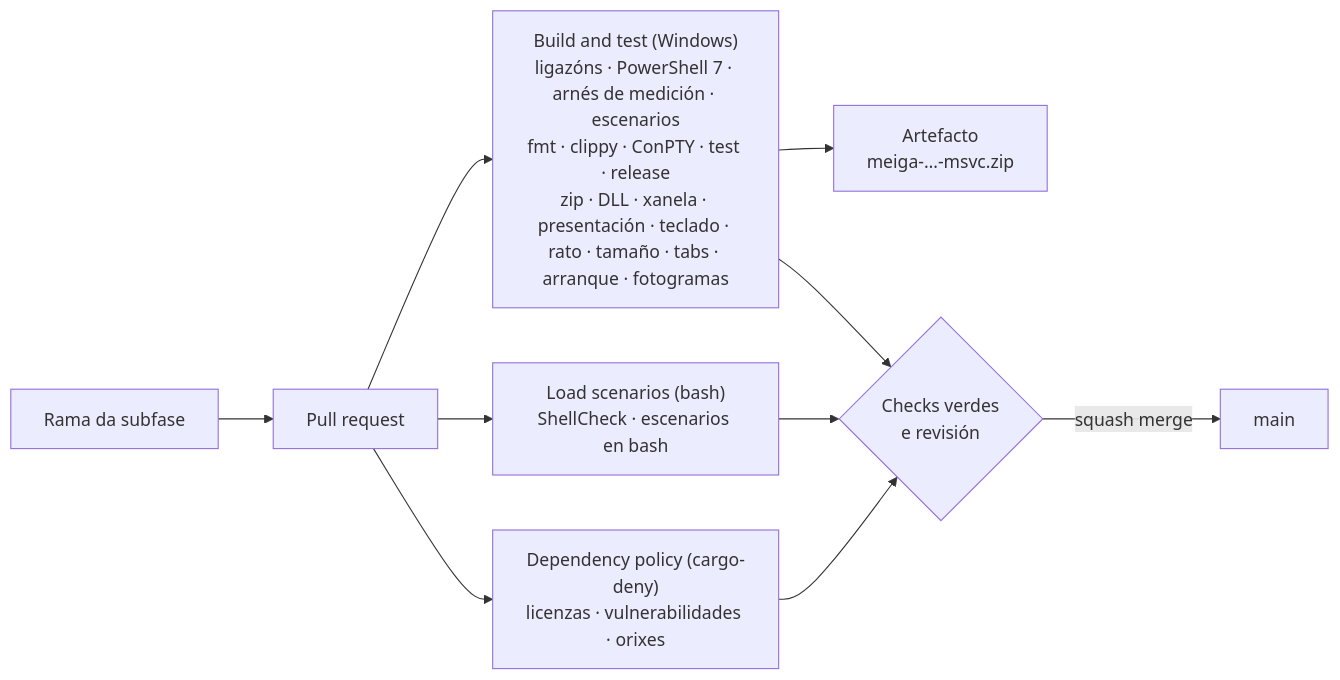
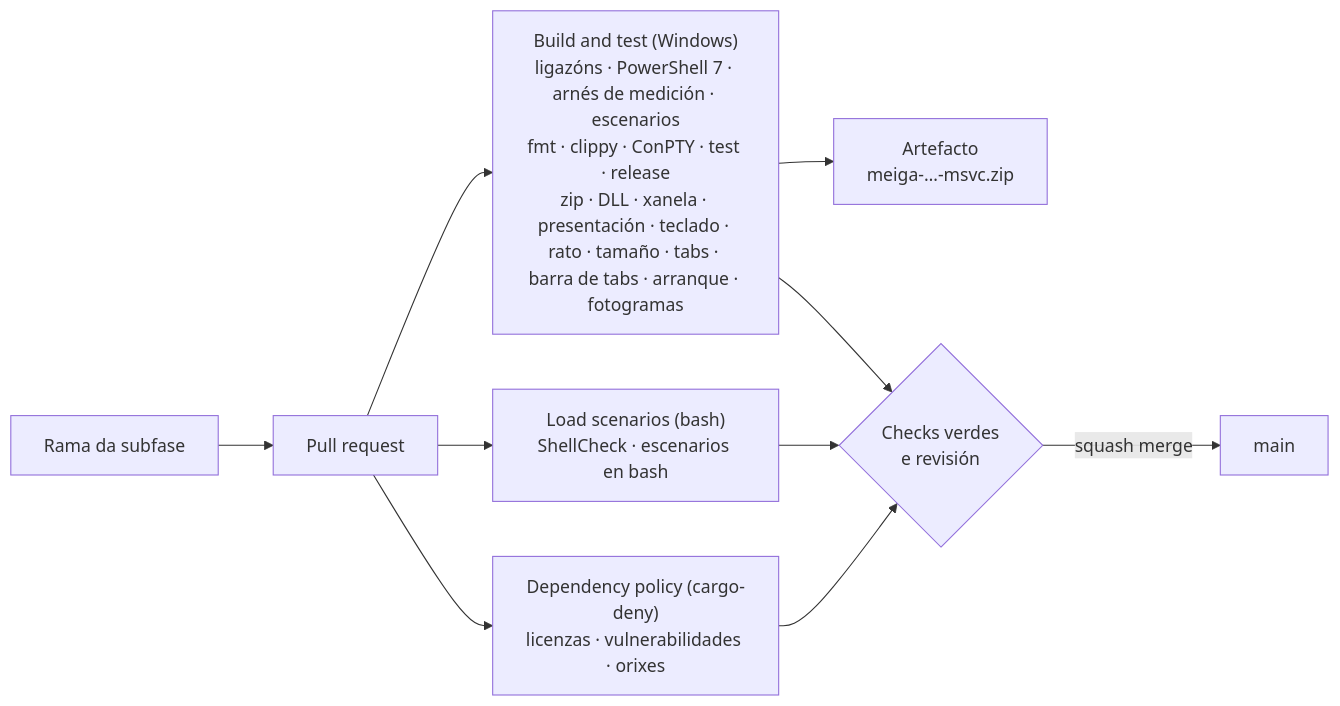
One commit to NewHouses/meiga changed diagram 14 of 16 in docs/arquitectura.md. Above: the diagram before and after it, drawn with Mermaid. The commit also changed other lines of this file and 37 other files, not shown here.

````diff
--- a/docs/arquitectura.md
+++ b/docs/arquitectura.md
@@ -379,12 +406,12 @@
 ```mermaid
 flowchart LR
     rama["Rama da subfase"] --> pr["Pull request"]
-    pr --> win["Build and test (Windows)<br/>ligazóns · PowerShell 7 · arnés de medición · escenarios<br/>fmt · clippy · ConPTY · test · release<br/>zip · DLL · xanela · presentación · teclado · rato · tamaño · tabs · arranque · fotogramas"]
+    pr --> win["Build and test (Windows)<br/>ligazóns · PowerShell 7 · arnés de medición · escenarios<br/>fmt · clippy · ConPTY · test · release<br/>zip · DLL · xanela · presentación · teclado · rato · tamaño · tabs · barra de tabs · arranque · fotogramas"]
     pr --> scen["Load scenarios (bash)<br/>ShellCheck · escenarios en bash"]
     pr --> deny["Dependency policy (cargo-deny)<br/>licenzas · vulnerabilidades · orixes"]
     win --> art["Artefacto<br/>meiga-…-msvc.zip"]
     win --> ok{"Checks verdes<br/>e revisión"}
     scen --> ok
     deny --> ok
     ok -->|squash merge| main["main"]
 ```
````
